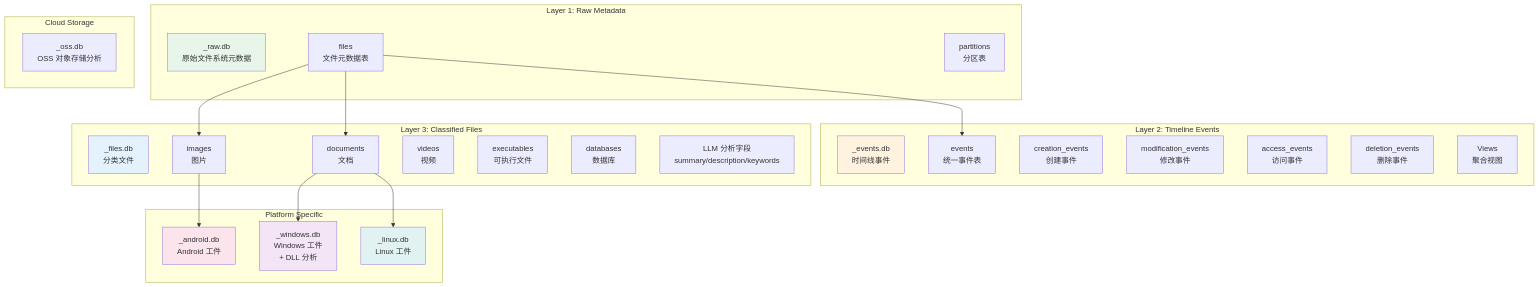
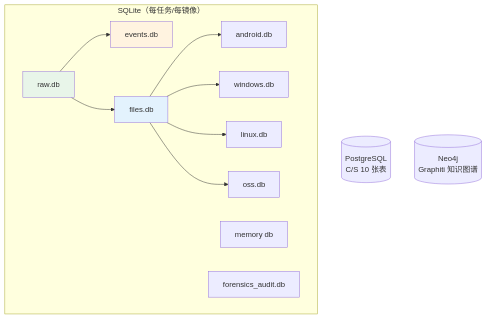
One commit to ymj68520/TraceLens changed the first of 2 diagrams in docs/architecture/DatabaseSchema.md. Above: the diagram before and after it, drawn with Mermaid. The commit also changed other lines of this file and 4 other files, not shown here.

First line of the commit message:
docs: rewrite architecture docs around three-service topology

````diff
--- a/docs/architecture/DatabaseSchema.md
+++ b/docs/architecture/DatabaseSchema.md
@@ -21,52 +19,25 @@
 ```mermaid
 graph TB
-    subgraph "Layer 1: Raw Metadata"
-        A[_raw.db<br/>原始文件系统元数据]
-        A1[files<br/>文件元数据表]
-        A2[partitions<br/>分区表]
+    subgraph "SQLite（每任务/每镜像）"
+        RAW[raw.db]
+        EV[events.db]
+        FL[files.db]
+        AN[android.db]
+        WI[windows.db]
+        LI[linux.db]
+        OS[oss.db]
+        ME[memory db]
+        AU[forensics_audit.db]
     end
-
-    subgraph "Layer 2: Timeline Events"
-        B[_events.db<br/>时间线事件]
-        B1[events<br/>统一事件表]
-        B2[creation_events<br/>创建事件]
-        B3[modification_events<br/>修改事件]
-        B4[access_events<br/>访问事件]
-        B5[deletion_events<br/>删除事件]
-        B6[Views<br/>聚合视图]
-    end
-
-    subgraph "Layer 3: Classified Files"
-        C[_files.db<br/>分类文件]
-        C1[images<br/>图片]
-        C2[documents<br/>文档]
-        C3[videos<br/>视频]
-        C4[executables<br/>可执行文件]
-        C5[databases<br/>数据库]
-        C6[LLM 分析字段<br/>summary/description/keywords]
-    end
-
-    subgraph "Platform Specific"
-        D[_android.db<br/>Android 工件]
-        E[_windows.db<br/>Windows 工件<br/>+ DLL 分析]
-        F[_linux.db<br/>Linux 工件]
-    end
-
-    subgraph "Cloud Storage"
-        G[_oss.db<br/>OSS 对象存储分析]
-    end
-
-    A1 --> B1
-    A1 --> C1
-    A1 --> C2
-    C1 --> D
-    C2 --> E
-    C2 --> F
-
-    style A fill:#e8f5e9
-    style B fill:#fff3e0
-    style C fill:#e3f2fd
-    style D fill:#fce4ec
-    style E fill:#f3e5f5
-    style F fill:#e0f2f1
+    PG[(PostgreSQL<br/>C/S 10 张表)]
+    N4[(Neo4j<br/>Graphiti 知识图谱)]
+    RAW --> EV
+    RAW --> FL
+    FL --> AN
+    FL --> WI
+    FL --> LI
+    FL --> OS
+    style RAW fill:#e8f5e9
+    style EV fill:#fff3e0
+    style FL fill:#e3f2fd
 ```
````
